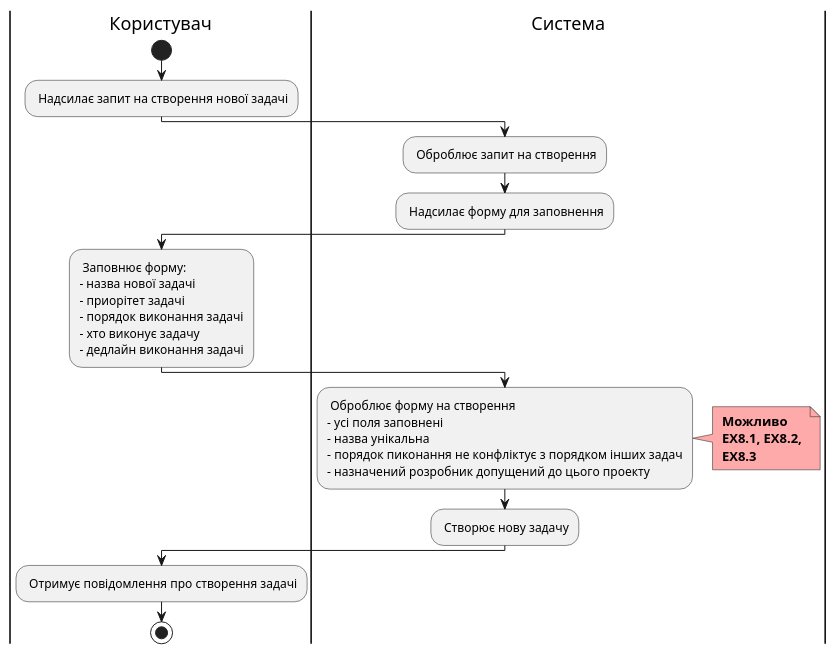
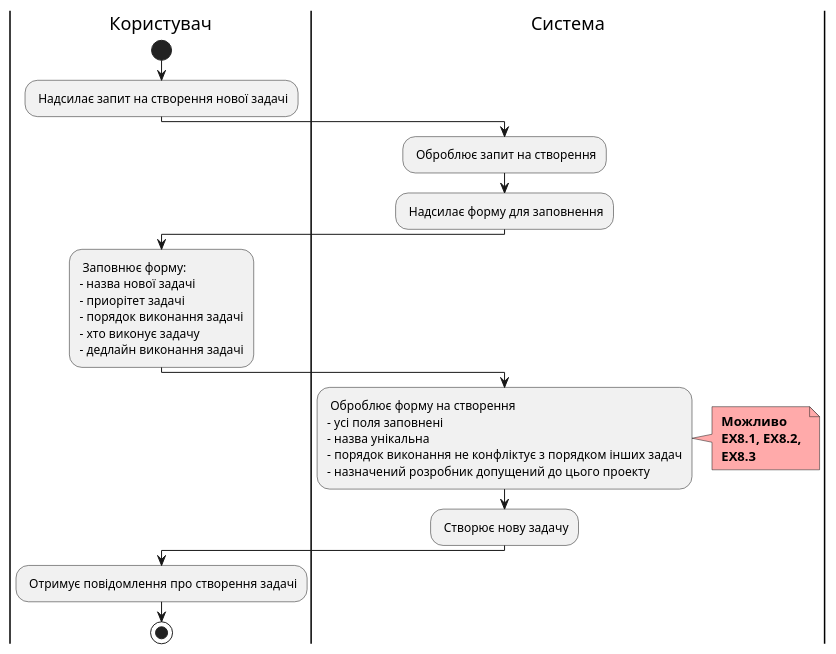
The diagram in docs/use cases/createTask.puml (boldak/database_basics_template), drawn with PlantUML before and after one commit. The commit also changed 3 other files, not shown here.

```diff
--- a/docs/use cases/createTask.puml
+++ b/docs/use cases/createTask.puml
@@ -1,42 +1,42 @@
 @startuml
 
     |Користувач|
         start
         
         : Надсилає запит на створення нової задачі;
         
     |Система|
         
         : Оброблює запит на створення;
         : Надсилає форму для заповнення;
         
     |Користувач|
     
         : Заповнює форму:
         - назва нової задачі
         - приорітет задачі
         - порядок виконання задачі
         - хто виконує задачу
         - дедлайн виконання задачі;
         
     |Система|
     
         : Оброблює форму на створення
         - усі поля заповнені
         - назва унікальна
-        - порядок пиконання не конфліктує з порядком інших задач
+        - порядок виконання не конфліктує з порядком інших задач
         - назначений розробник допущений до цього проекту;
         note right #ffaaaa
         <b> Можливо
         <b> EX8.1, EX8.2, 
         <b> EX8.3
         end note
     
         : Створює нову задачу;
         
         
     |Користувач|
         : Отримує повідомлення про створення задачі;
         stop;
 
 @enduml
```
